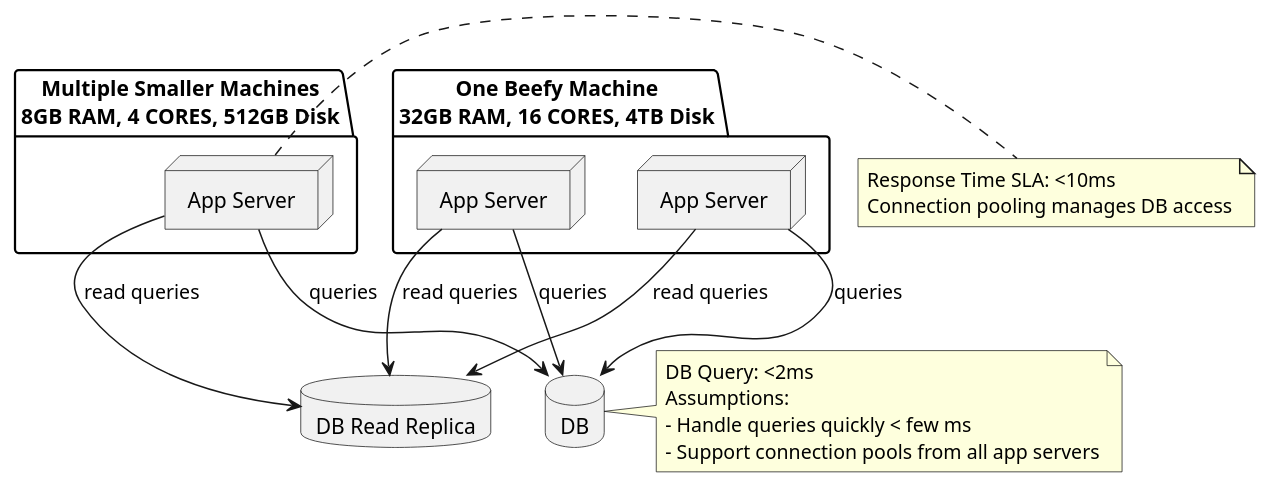
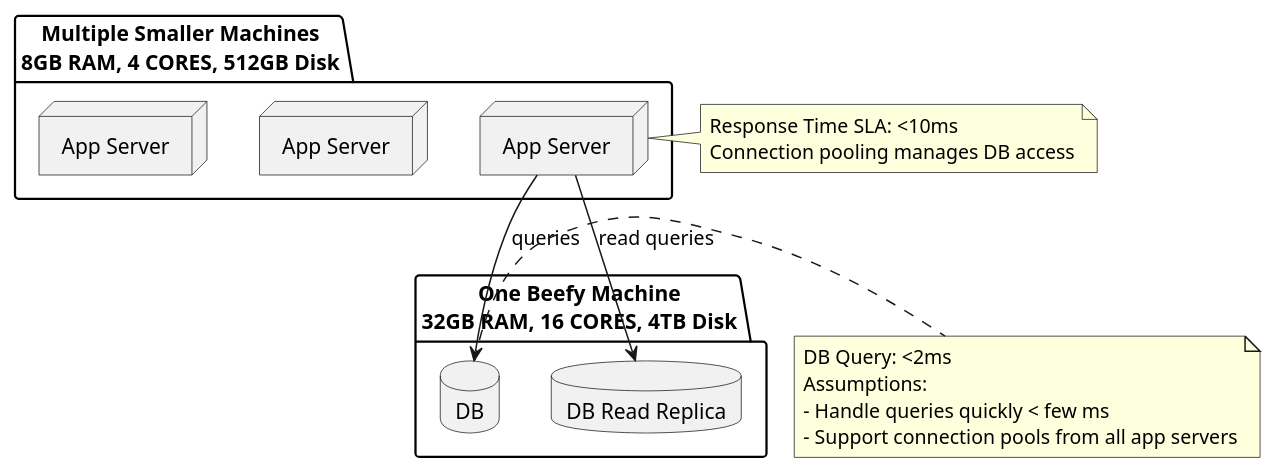
Before and after one commit to unmeshjoshi/MADSPlantUMLSteps: the diagram in src/diagrams/foundation/01-architecture/typical_application_architecture.puml, drawn with PlantUML. The commit also changed 4 other files, not shown here.

```diff
--- a/src/diagrams/foundation/01-architecture/typical_application_architecture.puml
+++ b/src/diagrams/foundation/01-architecture/typical_application_architecture.puml
@@ -1,35 +1,36 @@
 @startuml
 skinparam rectangleBorderThickness 2
 skinparam shadowing false
 
 package "Multiple Smaller Machines\n8GB RAM, 4 CORES, 512GB Disk" {
   node "App Server" as AS_small
+  node "App Server" as AS_beefy1
+  node "App Server" as AS_beefy2
+
 }
 
 package "One Beefy Machine\n32GB RAM, 16 CORES, 4TB Disk" {
-  node "App Server" as AS_beefy1
-  node "App Server" as AS_beefy2
+database "DB" as DB
 }
 
-database "DB" as DB
+package "One Beefy Machine\n32GB RAM, 16 CORES, 4TB Disk" {
 database "DB Read Replica" as DBR
+}
+
+
 
 AS_small --> DB : queries
 AS_small --> DBR : read queries
-AS_beefy1 --> DB : queries
-AS_beefy1 --> DBR : read queries
-AS_beefy2 --> DB : queries
-AS_beefy2 --> DBR : read queries
 
 note right of AS_small
 Response Time SLA: <10ms
 Connection pooling manages DB access
 end note
 
 note right of DB
 DB Query: <2ms
 Assumptions:
 - Handle queries quickly < few ms
 - Support connection pools from all app servers
 end note
 @enduml 
```
